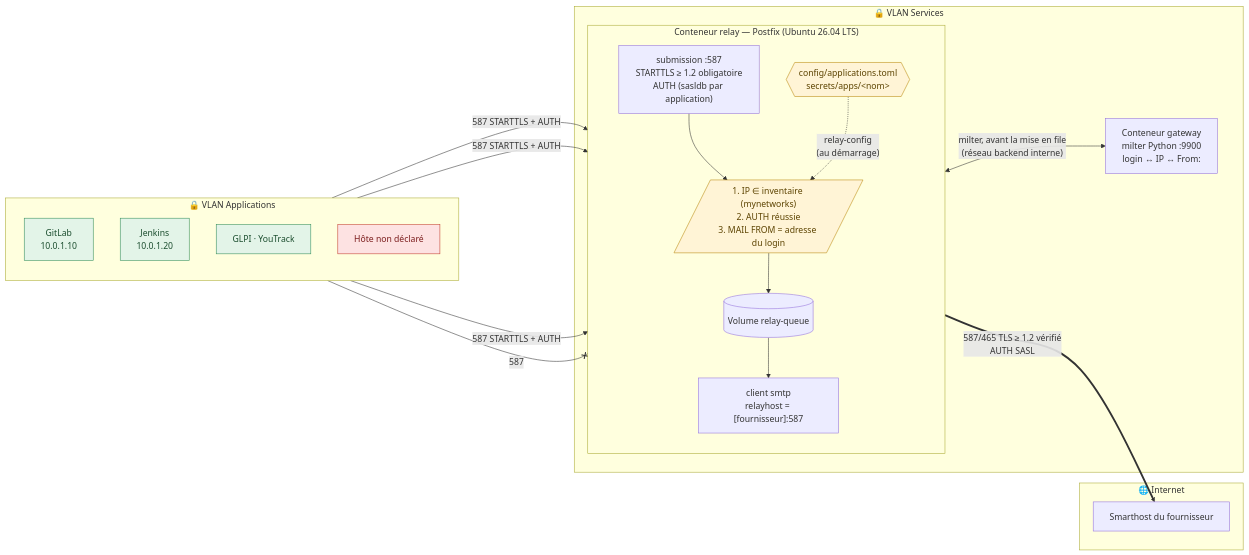
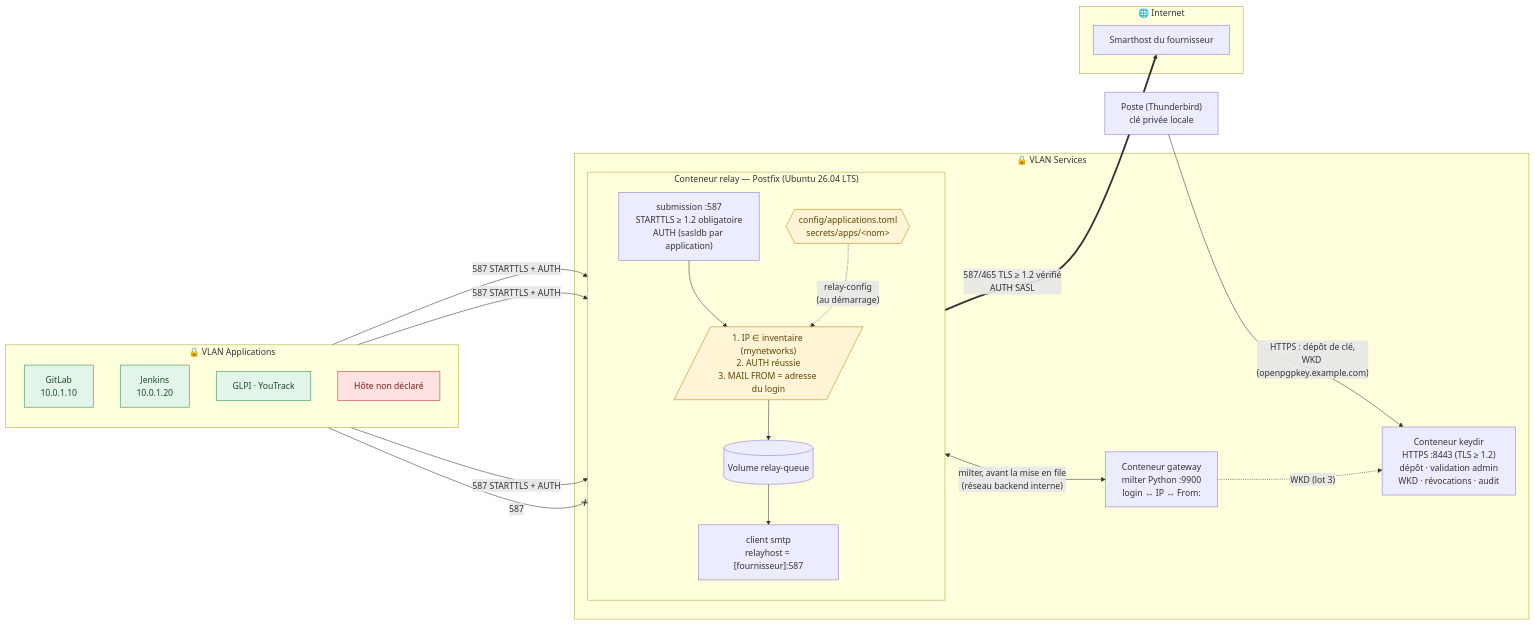
One commit to kosaar/relai-smtp changed the first of 3 diagrams in docs/architecture.md. Above: the diagram before and after it, drawn with Mermaid. The commit also changed other lines of this file and 26 other files, not shown here.

First line of the commit message:
feat: lot 2 — annuaire de clés publiques OpenPGP (keydir)

````diff
--- a/docs/architecture.md
+++ b/docs/architecture.md
@@ -10,40 +11,45 @@
 ```mermaid
 flowchart LR
     subgraph APPS["🔒 VLAN Applications"]
         direction TB
         GL["GitLab<br/>10.0.1.10"]
         JK["Jenkins<br/>10.0.1.20"]
         GP["GLPI · YouTrack"]
         UNK["Hôte non déclaré"]
     end
 
     subgraph SVC["🔒 VLAN Services"]
         subgraph RELAY["Conteneur relay — Postfix (Ubuntu 26.04 LTS)"]
             direction TB
             SMTPD["submission :587<br/>STARTTLS ≥ 1.2 obligatoire<br/>AUTH (sasldb par application)"]
             ACL[/"1. IP ∈ inventaire (mynetworks)<br/>2. AUTH réussie<br/>3. MAIL FROM = adresse du login"/]
             Q[("Volume relay-queue")]
             SMTP["client smtp<br/>relayhost = [fournisseur]:587"]
             INV{{"config/applications.toml<br/>secrets/apps/&lt;nom&gt;"}}
             SMTPD --> ACL --> Q --> SMTP
             INV -. "relay-config<br/>(au démarrage)" .-> ACL
         end
         GW["Conteneur gateway<br/>milter Python :9900<br/>login ↔ IP ↔ From:"]
+        KD["Conteneur keydir<br/>HTTPS :8443 (TLS ≥ 1.2)<br/>dépôt · validation admin<br/>WKD · révocations · audit"]
     end
+
+    TB["Poste (Thunderbird)<br/>clé privée locale"]
 
     subgraph NET["🌐 Internet"]
         MTA["Smarthost du fournisseur"]
     end
 
     GL & JK & GP -- "587 STARTTLS + AUTH" --> SMTPD
     UNK -- "587" --x SMTPD
     ACL <-- "milter, avant la mise en file<br/>(réseau backend interne)" --> GW
     SMTP == "587/465 TLS ≥ 1.2 vérifié<br/>AUTH SASL" ==> MTA
+    TB -- "HTTPS : dépôt de clé,<br/>WKD (openpgpkey.example.com)" --> KD
+    GW -. "WKD (lot 3)" .-> KD
 
     classDef deny fill:#fde2e2,stroke:#c0392b,color:#7b1d1d;
     classDef ok fill:#e3f4e8,stroke:#2e8b57,color:#1b4d2e;
     classDef sec fill:#fff4d6,stroke:#b8860b,color:#5c4300;
     class UNK deny;
     class GL,JK,GP ok;
     class INV,ACL sec;
 ```
````
